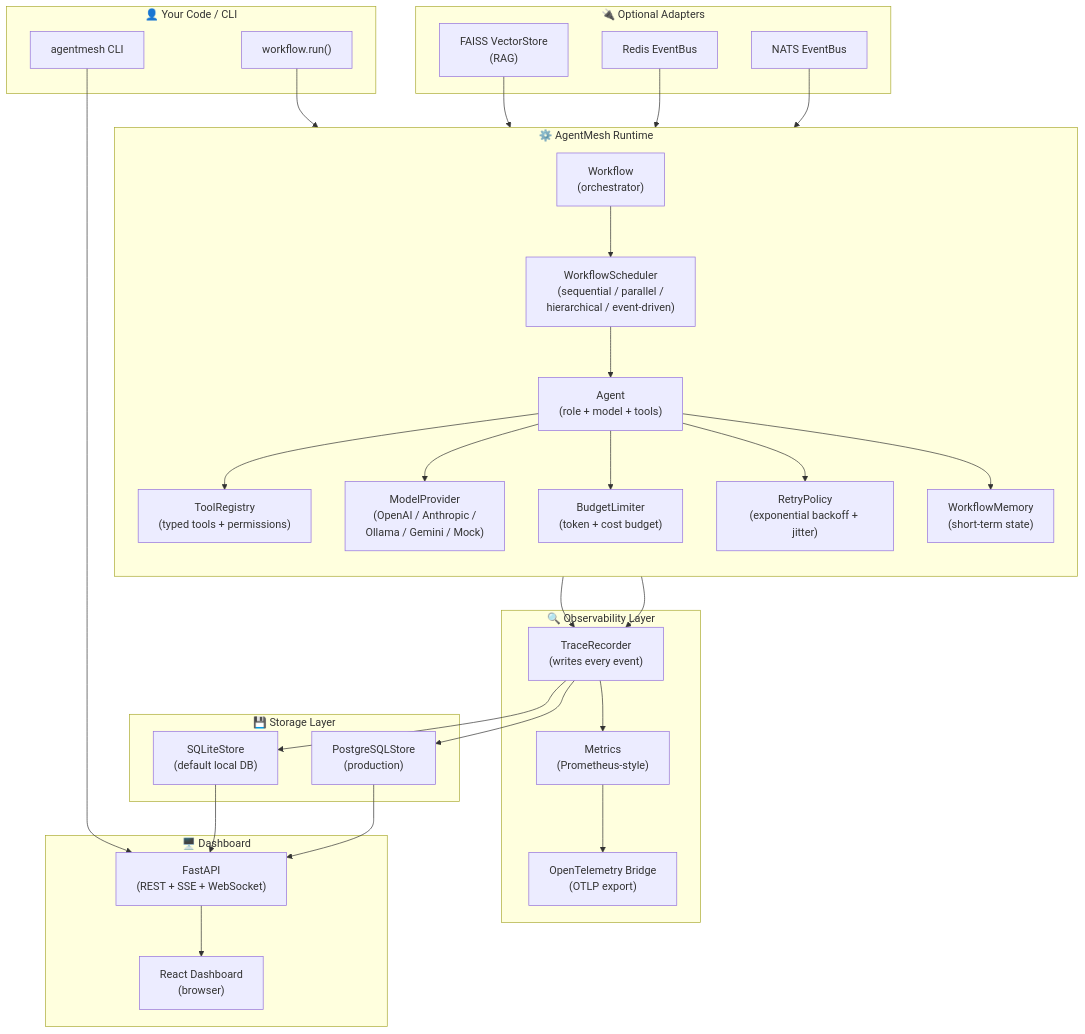
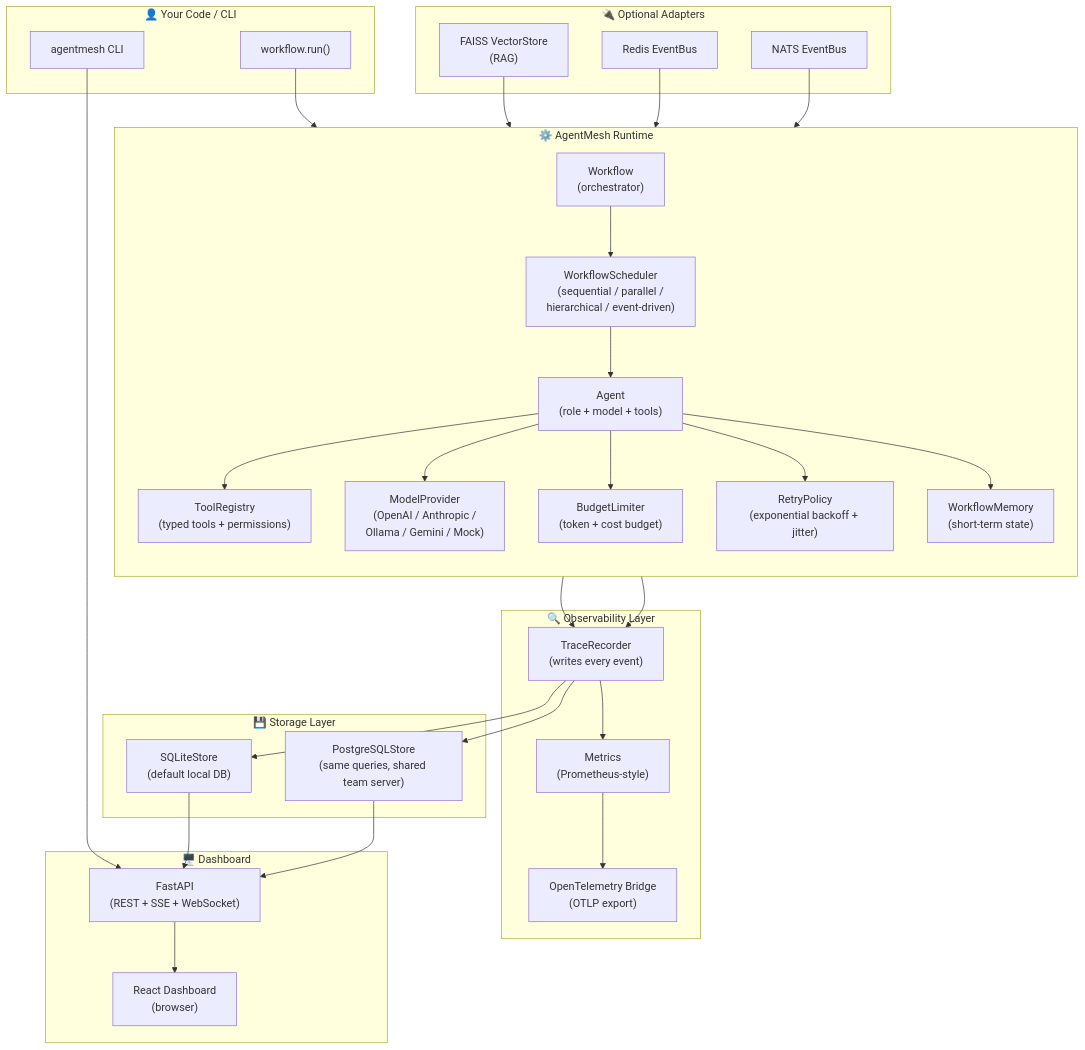
One commit to raghuece455/AgentMesh changed the first of 23 diagrams in HOW_IT_WORKS.md. Above: the diagram before and after it, drawn with Mermaid. The commit also changed other lines of this file and 141 other files, not shown here.

````diff
--- a/HOW_IT_WORKS.md
+++ b/HOW_IT_WORKS.md
@@ -135,63 +137,63 @@
 ```mermaid
 flowchart TD
     subgraph USER["👤 Your Code / CLI"]
         CODE["workflow.run()"]
         CLI["agentmesh CLI"]
     end
 
     subgraph RUNTIME["⚙️ AgentMesh Runtime"]
         direction TB
         WF["Workflow\n(orchestrator)"]
         SCHED["WorkflowScheduler\n(sequential / parallel /\nhierarchical / event-driven)"]
         AGENT["Agent\n(role + model + tools)"]
         TOOLS["ToolRegistry\n(typed tools + permissions)"]
         PROVIDER["ModelProvider\n(OpenAI / Anthropic /\nOllama / Gemini / Mock)"]
         BUDGET["BudgetLimiter\n(token + cost budget)"]
         RETRY["RetryPolicy\n(exponential backoff + jitter)"]
         MEMORY["WorkflowMemory\n(short-term state)"]
     end
 
     subgraph OBS["🔍 Observability Layer"]
         TRACE["TraceRecorder\n(writes every event)"]
         METRICS["Metrics\n(Prometheus-style)"]
         OTEL["OpenTelemetry Bridge\n(OTLP export)"]
     end
 
     subgraph STORAGE["💾 Storage Layer"]
         SQLITE["SQLiteStore\n(default local DB)"]
-        POSTGRES["PostgreSQLStore\n(production)"]
+        POSTGRES["PostgreSQLStore\n(same queries, shared team server)"]
     end
 
     subgraph DASH["🖥️ Dashboard"]
         API["FastAPI\n(REST + SSE + WebSocket)"]
         UI["React Dashboard\n(browser)"]
     end
 
     subgraph EXTRA["🔌 Optional Adapters"]
         FAISS["FAISS VectorStore\n(RAG)"]
         REDIS["Redis EventBus"]
         NATS["NATS EventBus"]
     end
 
     CODE --> WF
     CLI --> API
     WF --> SCHED
     SCHED --> AGENT
     AGENT --> TOOLS
     AGENT --> PROVIDER
     AGENT --> BUDGET
     AGENT --> RETRY
     AGENT --> MEMORY
     WF --> TRACE
     AGENT --> TRACE
     TRACE --> SQLITE
     TRACE --> POSTGRES
     TRACE --> METRICS
     METRICS --> OTEL
     SQLITE --> API
     POSTGRES --> API
     API --> UI
     FAISS --> AGENT
     REDIS --> SCHED
     NATS --> SCHED
 ```
````
